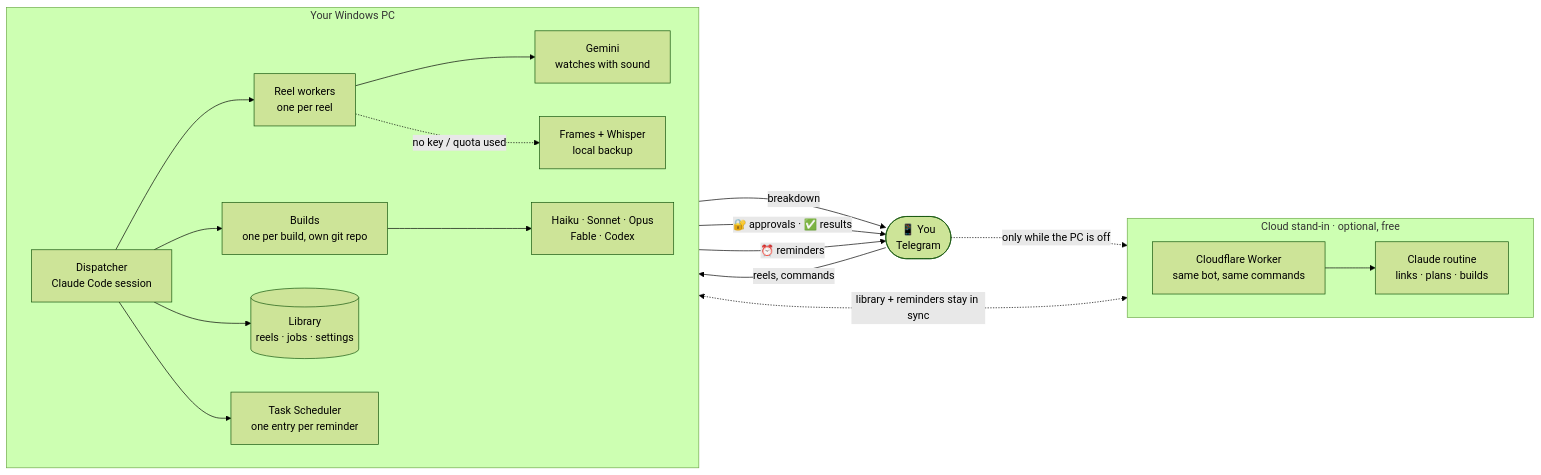
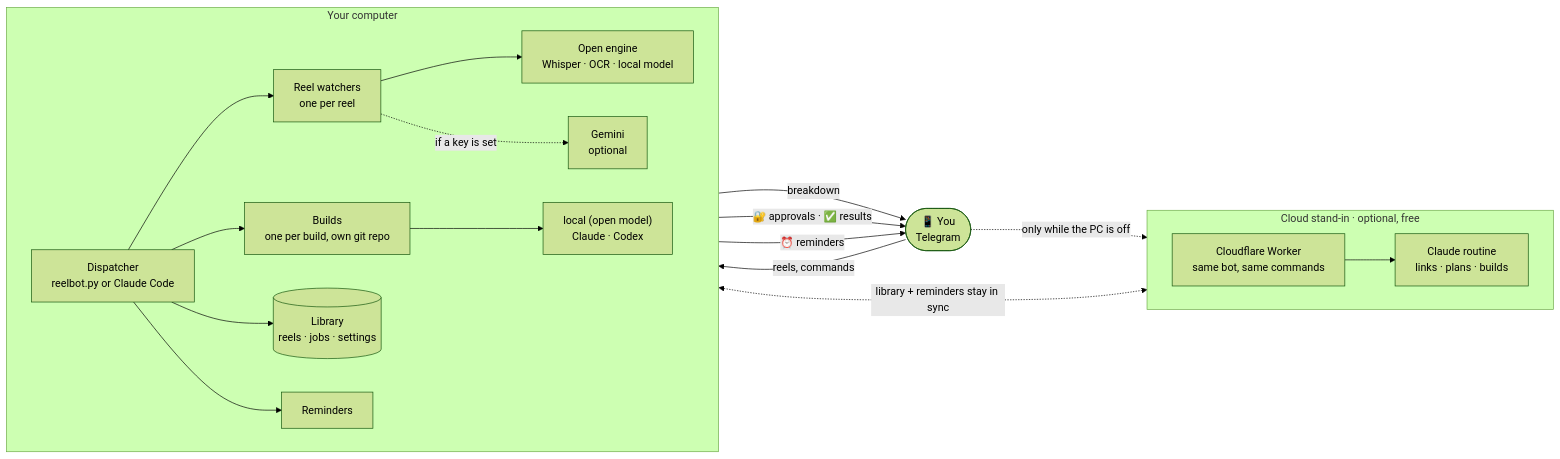
Before and after one commit to HNF-FRN/Reel-watcher-telegram-Agent: the first of 3 diagrams in README.md, drawn with Mermaid (forest theme). The commit also changed other lines of this file and 7 other files, not shown here.

First line of the commit message:
Docs: the open core first, Claude Code and Gemini as options

````diff
--- a/README.md
+++ b/README.md
@@ -109,38 +149,38 @@
 ```mermaid
 flowchart LR
     phone(["📱 You<br/>Telegram"])
 
-    subgraph pc["Your Windows PC"]
+    subgraph pc["Your computer"]
         direction LR
-        bot["Dispatcher<br/>Claude Code session"]
-        watch["Reel workers<br/>one per reel"]
+        bot["Dispatcher<br/>reelbot.py or Claude Code"]
+        watch["Reel watchers<br/>one per reel"]
         build["Builds<br/>one per build, own git repo"]
         lib[("Library<br/>reels · jobs · settings")]
-        rem["Task Scheduler<br/>one entry per reminder"]
-        gem["Gemini<br/>watches with sound"]
-        local["Frames + Whisper<br/>local backup"]
-        models["Haiku · Sonnet · Opus<br/>Fable · Codex"]
+        rem["Reminders"]
+        engine["Open engine<br/>Whisper · OCR · local model"]
+        gem["Gemini<br/>optional"]
+        models["local (open model)<br/>Claude · Codex"]
 
         bot --> watch
         bot --> build
         bot --> lib
         bot --> rem
-        watch --> gem
-        watch -. "no key / quota used" .-> local
+        watch --> engine
+        watch -. "if a key is set" .-> gem
         build --> models
     end
 
     subgraph cloud["Cloud stand-in · optional, free"]
         direction LR
         worker["Cloudflare Worker<br/>same bot, same commands"]
         routine["Claude routine<br/>links · plans · builds"]
         worker --> routine
     end
 
     phone -- "reels, commands" --> bot
     watch -- "breakdown" --> phone
     build -- "🔐 approvals · ✅ results" --> phone
     rem -- "⏰ reminders" --> phone
     phone -. "only while the PC is off" .-> worker
     lib <-. "library + reminders stay in sync" .-> worker
 ```
````
